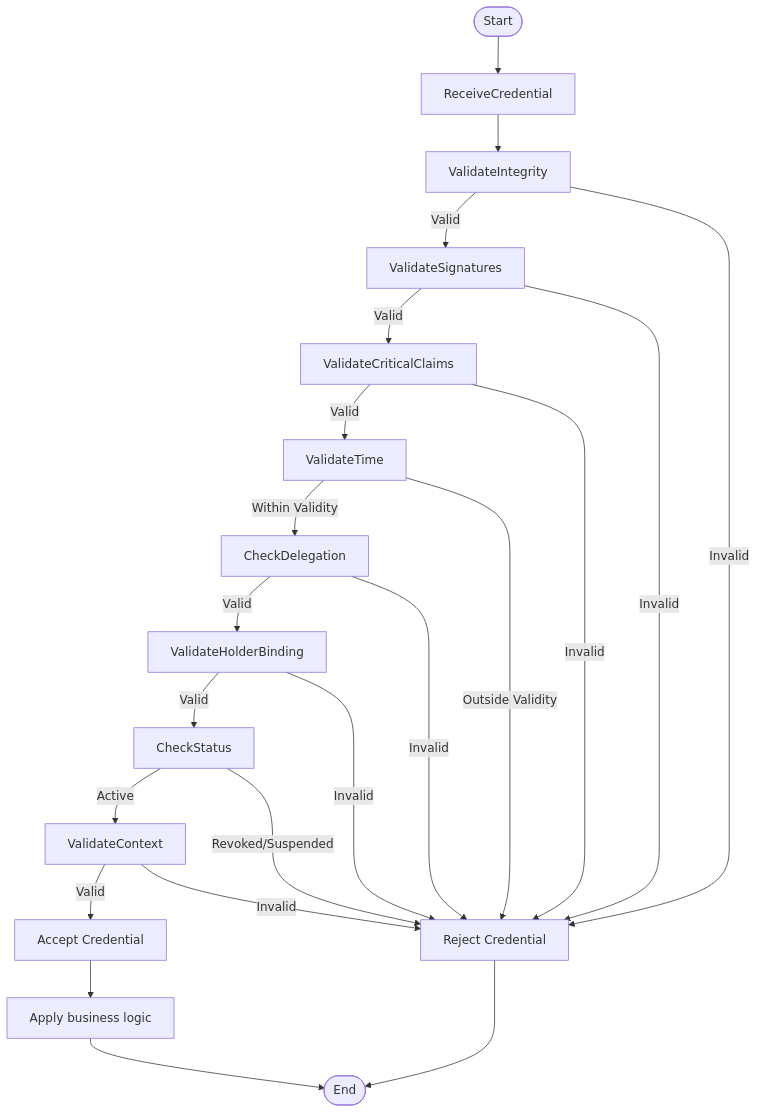
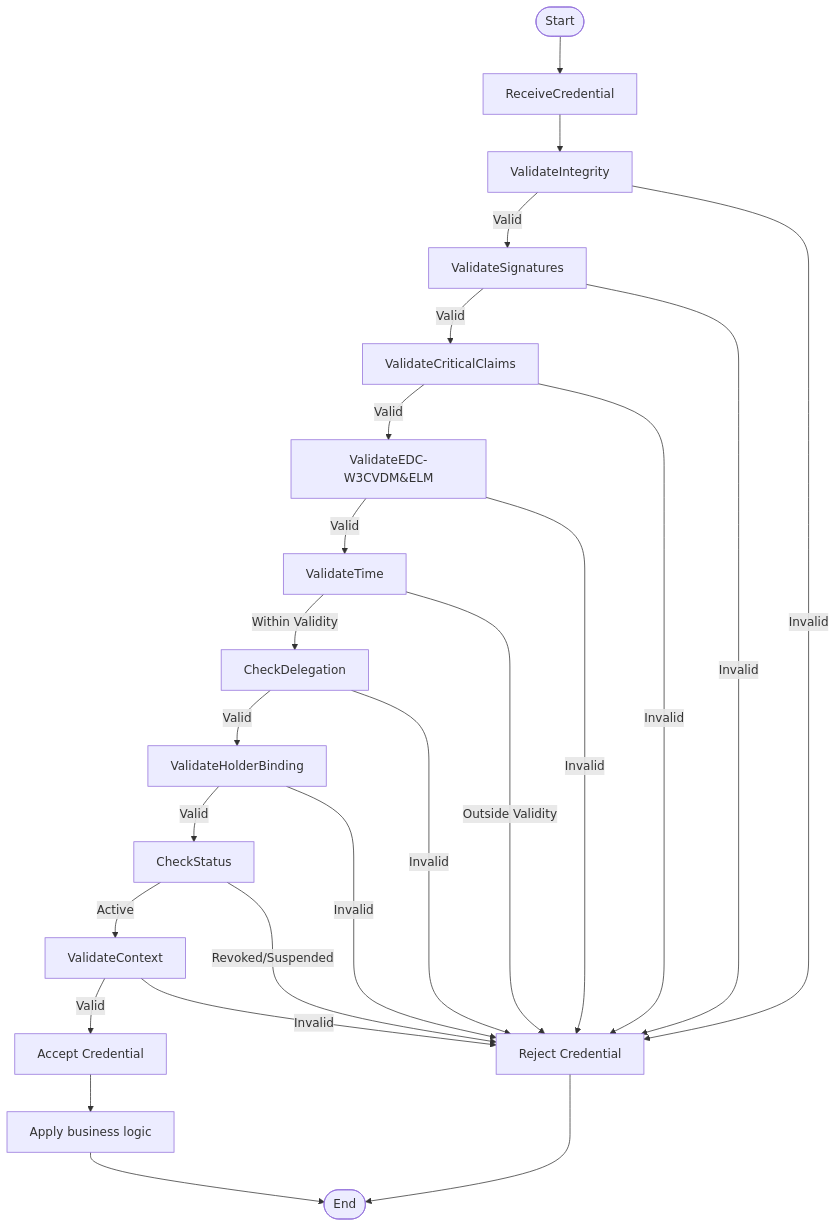
The diagram in sectorial-rulebook/verification.md (dc4eu/educational-pilot), drawn with Mermaid before and after one commit.

````diff
--- a/sectorial-rulebook/verification.md
+++ b/sectorial-rulebook/verification.md
@@ -105,46 +105,50 @@
 ```mermaid
 flowchart TD
   Start([Start])
   RC["ReceiveCredential"]
   VI["ValidateIntegrity"]
   VS["ValidateSignatures"]
   VC["ValidateCriticalClaims"]
+  VE["ValidateEDC-W3CVDM&ELM"]
   VT["ValidateTime"]
   CD["CheckDelegation"]
   VB["ValidateHolderBinding"]
   CS["CheckStatus"]
   VX["ValidateContext"]
   AC["Accept Credential"]
   REJ["Reject Credential"]
   ABL["Apply business logic"]
   End([End])
 
   Start --> RC
   RC --> VI
   VI -->|Valid| VS
   VI -->|Invalid| REJ
 
   VS -->|Valid| VC
   VS -->|Invalid| REJ
 
-  VC -->|Valid| VT
+  VC -->|Valid| VE
   VC -->|Invalid| REJ
+
+  VE -->|Valid| VT
+  VE -->|Invalid| REJ
 
   VT -->|Within Validity| CD
   VT -->|Outside Validity| REJ
 
   CD -->|Valid| VB
   CD -->|Invalid| REJ
 
   VB -->|Valid| CS
   VB -->|Invalid| REJ
 
   CS -->|Active| VX
   CS -->|Revoked/Suspended| REJ
 
   VX -->|Valid| AC
   VX -->|Invalid| REJ
 
   AC --> ABL --> End
   REJ --> End
 ```
````
